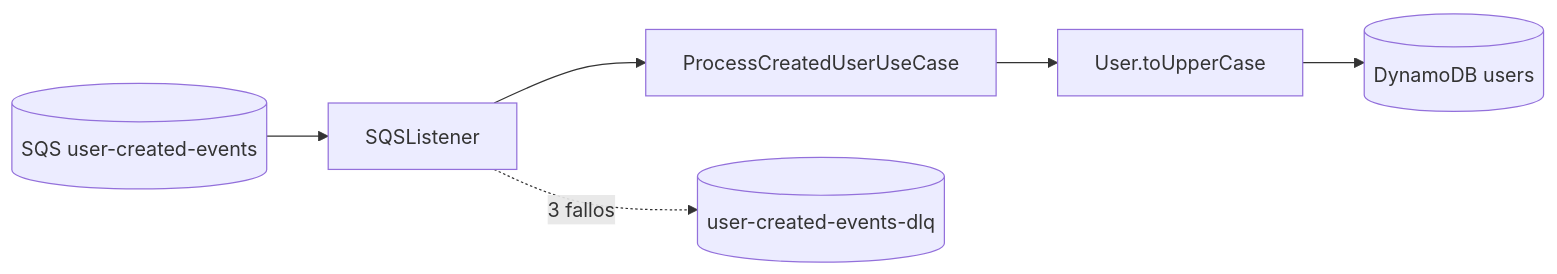
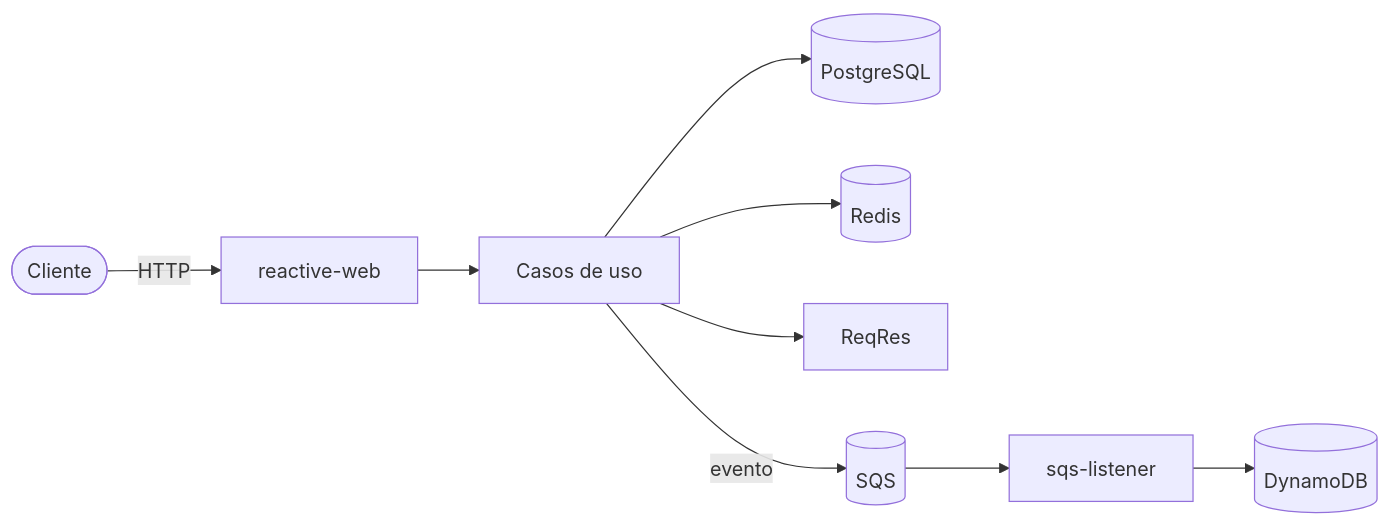
One commit to jeremygarzon/user-administration changed the diagram in README.md. Above: the diagram before and after it, drawn with Mermaid. The commit also changed other lines of this file, not shown here.

````diff
--- a/README.md
+++ b/README.md
@@ -112,6 +42,10 @@
 ```mermaid
 flowchart LR
-    Q[(SQS user-created-events)] --> L[SQSListener] --> P[ProcessCreatedUserUseCase]
-    P --> U[User.toUpperCase] --> D[(DynamoDB users)]
-    L -. 3 fallos .-> DLQ[(user-created-events-dlq)]
+    Client([Cliente]) -->|HTTP| API[reactive-web]
+    API --> UC[Casos de uso]
+    UC --> PG[(PostgreSQL)]
+    UC --> RD[(Redis)]
+    UC --> RQ[ReqRes]
+    UC -->|evento| SQS[(SQS)]
+    SQS --> L[sqs-listener] --> DY[(DynamoDB)]
 ```
````
